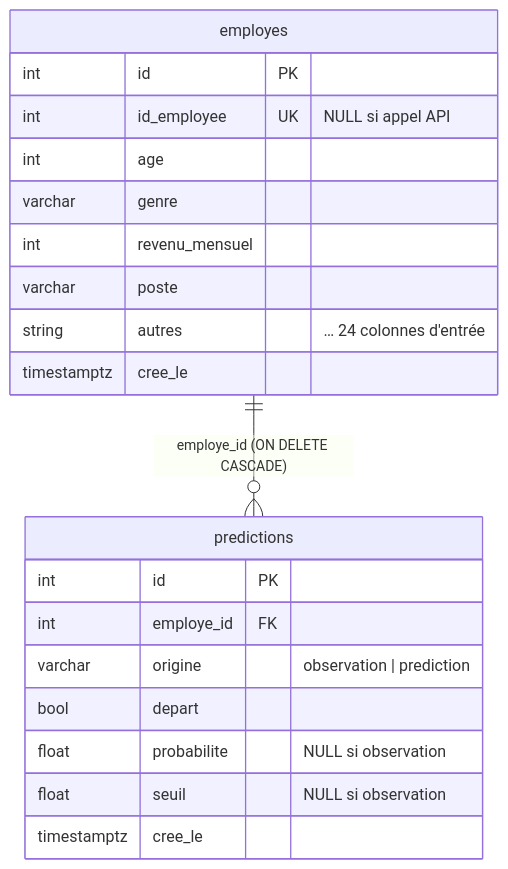
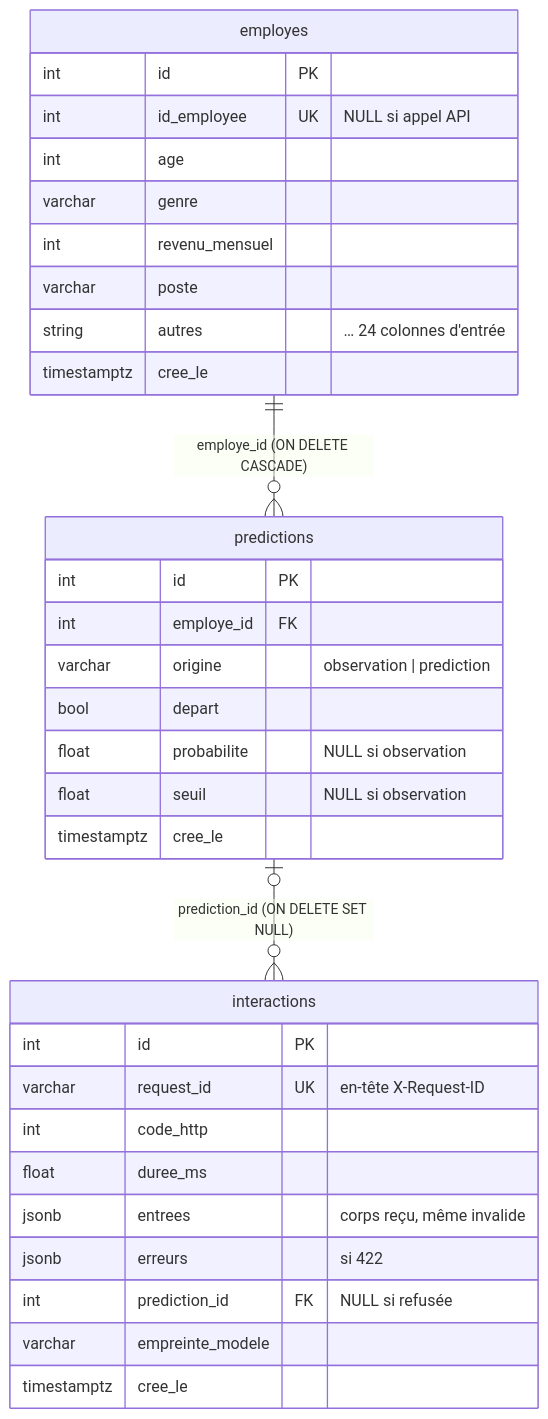
Before and after one commit to tessilimic/turnover_model: the fourth of 4 diagrams in docs/architecture.md, drawn with Mermaid. The commit also changed other lines of this file and 29 other files, not shown here.

````diff
--- a/docs/architecture.md
+++ b/docs/architecture.md
@@ -79,23 +81,35 @@
 ```mermaid
 erDiagram
     employes ||--o{ predictions : "employe_id (ON DELETE CASCADE)"
+    predictions |o--o{ interactions : "prediction_id (ON DELETE SET NULL)"
+    interactions {
+        int id PK
+        varchar request_id UK "en-tête X-Request-ID"
+        int code_http
+        float duree_ms
+        jsonb entrees "corps reçu, même invalide"
+        jsonb erreurs "si 422"
+        int prediction_id FK "NULL si refusée"
+        varchar empreinte_modele
+        timestamptz cree_le
+    }
     employes {
         int id PK
         int id_employee UK "NULL si appel API"
         int age
         varchar genre
         int revenu_mensuel
         varchar poste
         string autres "… 24 colonnes d'entrée"
         timestamptz cree_le
     }
     predictions {
         int id PK
         int employe_id FK
         varchar origine "observation | prediction"
         bool depart
         float probabilite "NULL si observation"
         float seuil "NULL si observation"
         timestamptz cree_le
     }
 ```
````
